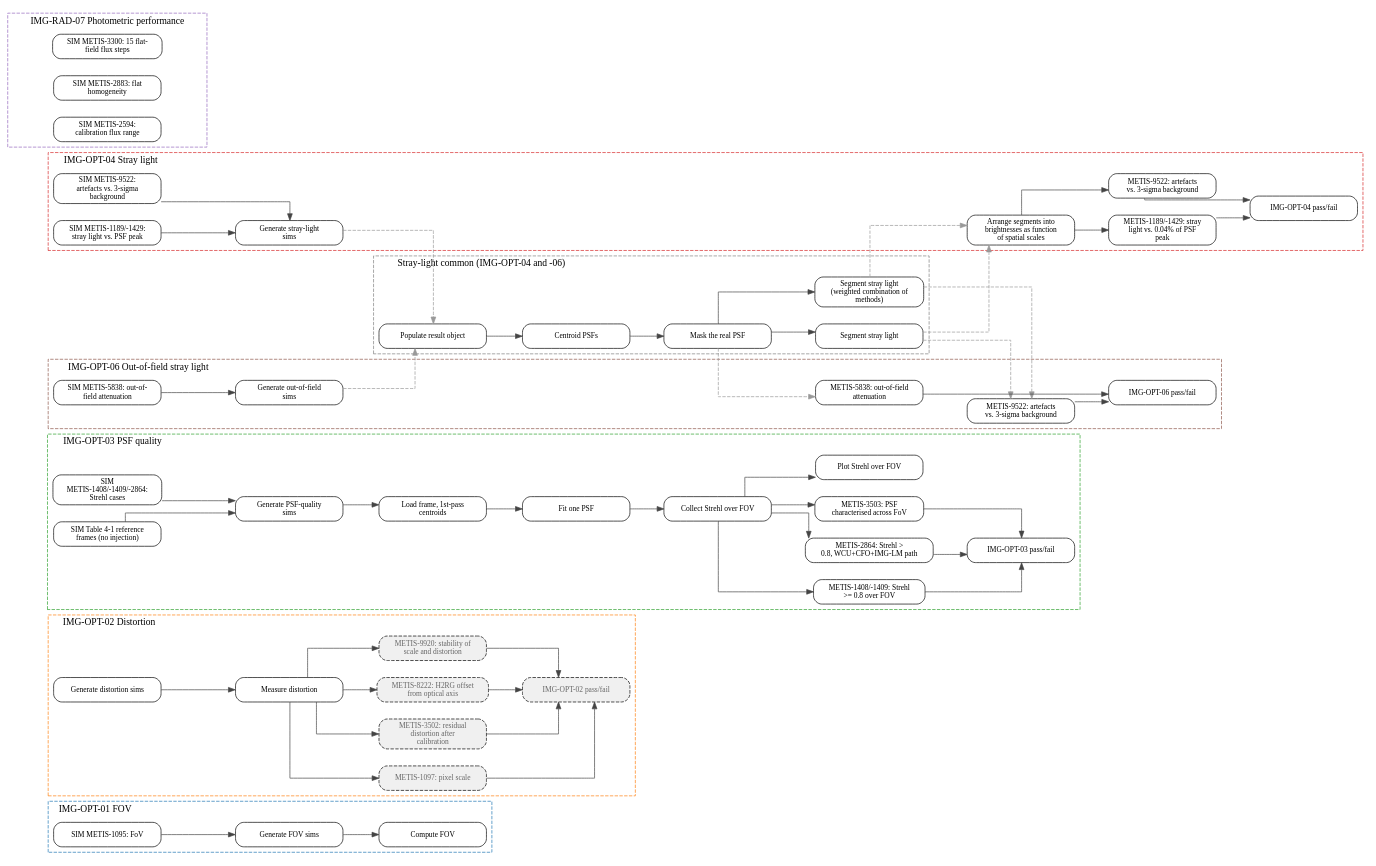
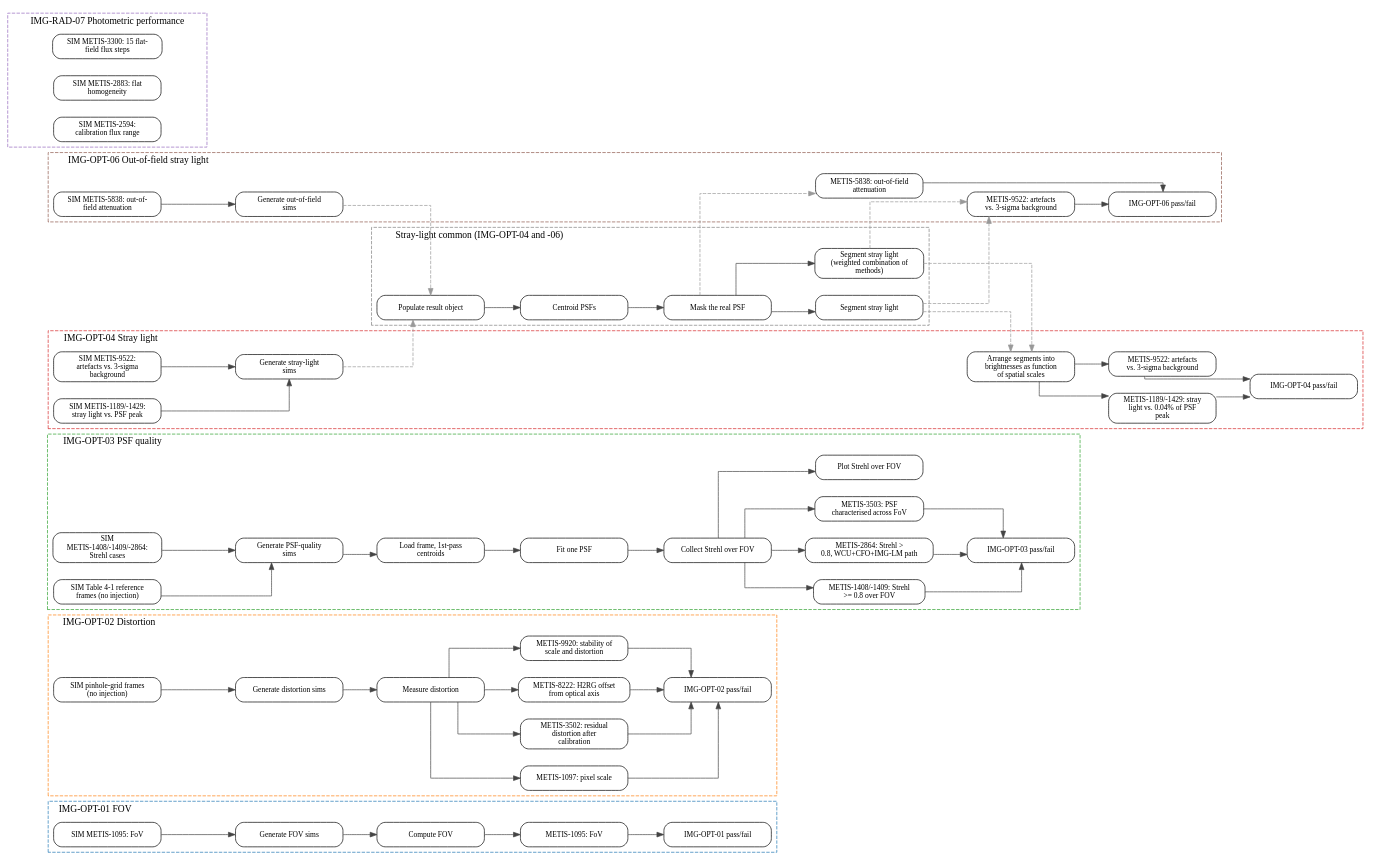
Before and after one commit to mwanakijiji/metis_work: the diagram in docs/uml/pipeline_flow.dot, drawn with Graphviz. The commit also changed 7 other files, not shown here.

Commit message:
diagram update

```diff
--- a/docs/uml/pipeline_flow.dot
+++ b/docs/uml/pipeline_flow.dot
@@ -15,6 +15,8 @@
     sim_img_01_metis_1095;
     generate_fov_sim;
     fov_calc;
+    metis_1095_fov_check;
+    img_01_test_outcome;
   }
 
   subgraph cluster_img_opt_02_distortion {
@@ -22,6 +24,7 @@
     labeljust=l;
     style="dashed";
     color="#ff7f0e";
+    sim_img_02_grid_frames;
     generate_distortion_sim;
     image_distortion;
     metis_1097_pixel_scale;
@@ -49,6 +52,30 @@
     img_03_test_outcome;
   }
 
+  subgraph cluster_img_opt_06_out_of_field_stray_light {
+    label="IMG-OPT-06 Out-of-field stray light";
+    labeljust=l;
+    style="dashed";
+    color="#8c564b";
+    sim_img_06_metis_5838;
+    generate_out_of_field_sim;
+    metis_5838_attenuation;
+    metis_9522_check;
+    img_06_test_outcome;
+  }
+
+  subgraph cluster_stray_light_common_img_opt_04_and__06 {
+    label="Stray-light common (IMG-OPT-04 and -06)";
+    labeljust=l;
+    style="dashed";
+    color="#7f7f7f";
+    populate_result_obj_info;
+    centroid_2passes_oversample;
+    stray_light_mask_real;
+    stray_light_segmentation;
+    stray_light_segmentation_combined;
+  }
+
   subgraph cluster_img_opt_04_stray_light {
     label="IMG-OPT-04 Stray light";
     labeljust=l;
@@ -63,30 +90,6 @@
     img_04_test_outcome;
   }
 
-  subgraph cluster_stray_light_common_img_opt_04_and__06 {
-    label="Stray-light common (IMG-OPT-04 and -06)";
-    labeljust=l;
-    style="dashed";
-    color="#7f7f7f";
-    populate_result_obj_info;
-    centroid_2passes_oversample;
-    stray_light_mask_real;
-    stray_light_segmentation;
-    stray_light_segmentation_combined;
-  }
-
-  subgraph cluster_img_opt_06_out_of_field_stray_light {
-    label="IMG-OPT-06 Out-of-field stray light";
-    labeljust=l;
-    style="dashed";
-    color="#8c564b";
-    sim_img_06_metis_5838;
-    generate_out_of_field_sim;
-    metis_5838_attenuation;
-    metis_9522_check;
-    img_06_test_outcome;
-  }
-
   subgraph cluster_img_rad_07_photometric_performance {
     label="IMG-RAD-07 Photometric performance";
     labeljust=l;
@@ -99,6 +102,7 @@
 
   sim_img_01_metis_1095 [label="SIM METIS-1095: FoV"];
   generate_fov_sim [label="Generate FOV sims"];
+  sim_img_02_grid_frames [label="SIM pinhole-grid frames\n(no injection)"];
   generate_distortion_sim [label="Generate distortion sims"];
   sim_img_03_strehl_cases [label="SIM\nMETIS-1408/-1409/-2864:\nStrehl cases"];
   sim_img_03_reference_frames [label="SIM Table 4-1 reference\nframes (no injection)"];
@@ -120,12 +124,14 @@
   img_03_metis_3503_check [label="METIS-3503: PSF\ncharacterised across FoV"];
   img_03_test_outcome [label="IMG-OPT-03 pass/fail"];
   fov_calc [label="Compute FOV"];
+  metis_1095_fov_check [label="METIS-1095: FoV"];
+  img_01_test_outcome [label="IMG-OPT-01 pass/fail"];
   image_distortion [label="Measure distortion"];
-  metis_1097_pixel_scale [label="METIS-1097: pixel scale", style="rounded,dashed,filled", fillcolor="#f0f0f0", fontcolor="#666666"];
-  metis_3502_residual_distortion [label="METIS-3502: residual\ndistortion after\ncalibration", style="rounded,dashed,filled", fillcolor="#f0f0f0", fontcolor="#666666"];
-  metis_8222_detector_offset [label="METIS-8222: H2RG offset\nfrom optical axis", style="rounded,dashed,filled", fillcolor="#f0f0f0", fontcolor="#666666"];
-  metis_9920_scale_stability [label="METIS-9920: stability of\nscale and distortion", style="rounded,dashed,filled", fillcolor="#f0f0f0", fontcolor="#666666"];
-  img_02_test_outcome [label="IMG-OPT-02 pass/fail", style="rounded,dashed,filled", fillcolor="#f0f0f0", fontcolor="#666666"];
+  metis_1097_pixel_scale [label="METIS-1097: pixel scale"];
+  metis_3502_residual_distortion [label="METIS-3502: residual\ndistortion after\ncalibration"];
+  metis_8222_detector_offset [label="METIS-8222: H2RG offset\nfrom optical axis"];
+  metis_9920_scale_stability [label="METIS-9920: stability of\nscale and distortion"];
+  img_02_test_outcome [label="IMG-OPT-02 pass/fail"];
   stray_light_brightness_spectrum [label="Arrange segments into\nbrightnesses as function\nof spatial scales"];
   img_04_metis_1189_1429_check [label="METIS-1189/-1429: stray\nlight vs. 0.04% of PSF\npeak"];
   img_04_metis_9522_check [label="METIS-9522: artefacts\nvs. 3-sigma background"];
@@ -139,49 +145,53 @@
   stray_light_segmentation [label="Segment stray light"];
   stray_light_segmentation_combined [label="Segment stray light\n(weighted combination of\nmethods)"];
 
-  { rank=same; sim_img_01_metis_1095; generate_distortion_sim; sim_img_03_reference_frames; sim_img_03_strehl_cases; sim_img_04_metis_1189_1429; sim_img_04_metis_9522; sim_img_06_metis_5838; simulate_metis_2594; simulate_metis_2883; simulate_metis_3300; }
-  sim_img_01_metis_1095 -> generate_distortion_sim [style=invis];
-  generate_distortion_sim -> sim_img_03_reference_frames [style=invis];
+  { rank=same; sim_img_01_metis_1095; sim_img_02_grid_frames; sim_img_03_reference_frames; sim_img_03_strehl_cases; sim_img_06_metis_5838; sim_img_04_metis_1189_1429; sim_img_04_metis_9522; simulate_metis_2594; simulate_metis_2883; simulate_metis_3300; }
+  sim_img_01_metis_1095 -> sim_img_02_grid_frames [style=invis];
+  sim_img_02_grid_frames -> sim_img_03_reference_frames [style=invis];
   sim_img_03_reference_frames -> sim_img_03_strehl_cases [style=invis];
-  sim_img_03_strehl_cases -> sim_img_04_metis_1189_1429 [style=invis];
+  sim_img_03_strehl_cases -> sim_img_06_metis_5838 [style=invis];
+  sim_img_06_metis_5838 -> sim_img_04_metis_1189_1429 [style=invis];
   sim_img_04_metis_1189_1429 -> sim_img_04_metis_9522 [style=invis];
-  sim_img_04_metis_9522 -> sim_img_06_metis_5838 [style=invis];
-  sim_img_06_metis_5838 -> simulate_metis_2594 [style=invis];
+  sim_img_04_metis_9522 -> simulate_metis_2594 [style=invis];
   simulate_metis_2594 -> simulate_metis_2883 [style=invis];
   simulate_metis_2883 -> simulate_metis_3300 [style=invis];
-  { rank=same; generate_fov_sim; image_distortion; generate_psf_quality_sim; generate_stray_light_sim; generate_out_of_field_sim; }
-  generate_fov_sim -> image_distortion [style=invis];
-  image_distortion -> generate_psf_quality_sim [style=invis];
-  generate_psf_quality_sim -> generate_stray_light_sim [style=invis];
-  generate_stray_light_sim -> generate_out_of_field_sim [style=invis];
-  { rank=same; fov_calc; metis_1097_pixel_scale; metis_3502_residual_distortion; metis_8222_detector_offset; metis_9920_scale_stability; prepare_psf_grid; populate_result_obj_info; }
-  fov_calc -> metis_1097_pixel_scale [style=invis];
+  { rank=same; generate_fov_sim; generate_distortion_sim; generate_psf_quality_sim; generate_out_of_field_sim; generate_stray_light_sim; }
+  generate_fov_sim -> generate_distortion_sim [style=invis];
+  generate_distortion_sim -> generate_psf_quality_sim [style=invis];
+  generate_psf_quality_sim -> generate_out_of_field_sim [style=invis];
+  generate_out_of_field_sim -> generate_stray_light_sim [style=invis];
+  { rank=same; fov_calc; image_distortion; prepare_psf_grid; populate_result_obj_info; }
+  fov_calc -> image_distortion [style=invis];
+  image_distortion -> prepare_psf_grid [style=invis];
+  prepare_psf_grid -> populate_result_obj_info [style=invis];
+  { rank=same; metis_1095_fov_check; metis_1097_pixel_scale; metis_3502_residual_distortion; metis_8222_detector_offset; metis_9920_scale_stability; process_one_psf; centroid_2passes_oversample; }
+  metis_1095_fov_check -> metis_1097_pixel_scale [style=invis];
   metis_1097_pixel_scale -> metis_3502_residual_distortion [style=invis];
   metis_3502_residual_distortion -> metis_8222_detector_offset [style=invis];
   metis_8222_detector_offset -> metis_9920_scale_stability [style=invis];
-  metis_9920_scale_stability -> prepare_psf_grid [style=invis];
-  prepare_psf_grid -> populate_result_obj_info [style=invis];
-  { rank=same; img_02_test_outcome; process_one_psf; centroid_2passes_oversample; }
-  img_02_test_outcome -> process_one_psf [style=invis];
+  metis_9920_scale_stability -> process_one_psf [style=invis];
   process_one_psf -> centroid_2passes_oversample [style=invis];
-  { rank=same; collect_strehls; stray_light_mask_real; }
+  { rank=same; img_01_test_outcome; img_02_test_outcome; collect_strehls; stray_light_mask_real; }
+  img_01_test_outcome -> img_02_test_outcome [style=invis];
+  img_02_test_outcome -> collect_strehls [style=invis];
   collect_strehls -> stray_light_mask_real [style=invis];
-  { rank=same; img_03_metis_1408_1409_check; img_03_metis_2864_check; img_03_metis_3503_check; plot_strehl_fov; stray_light_segmentation; stray_light_segmentation_combined; metis_5838_attenuation; }
+  { rank=same; img_03_metis_1408_1409_check; img_03_metis_2864_check; img_03_metis_3503_check; plot_strehl_fov; metis_5838_attenuation; stray_light_segmentation; stray_light_segmentation_combined; }
   img_03_metis_1408_1409_check -> img_03_metis_2864_check [style=invis];
   img_03_metis_2864_check -> img_03_metis_3503_check [style=invis];
   img_03_metis_3503_check -> plot_strehl_fov [style=invis];
-  plot_strehl_fov -> stray_light_segmentation [style=invis];
+  plot_strehl_fov -> metis_5838_attenuation [style=invis];
+  metis_5838_attenuation -> stray_light_segmentation [style=invis];
   stray_light_segmentation -> stray_light_segmentation_combined [style=invis];
-  stray_light_segmentation_combined -> metis_5838_attenuation [style=invis];
-  { rank=same; img_03_test_outcome; stray_light_brightness_spectrum; metis_9522_check; }
-  img_03_test_outcome -> stray_light_brightness_spectrum [style=invis];
-  stray_light_brightness_spectrum -> metis_9522_check [style=invis];
-  { rank=same; img_04_metis_1189_1429_check; img_04_metis_9522_check; img_06_test_outcome; }
+  { rank=same; img_03_test_outcome; metis_9522_check; stray_light_brightness_spectrum; }
+  img_03_test_outcome -> metis_9522_check [style=invis];
+  metis_9522_check -> stray_light_brightness_spectrum [style=invis];
+  { rank=same; img_06_test_outcome; img_04_metis_1189_1429_check; img_04_metis_9522_check; }
+  img_06_test_outcome -> img_04_metis_1189_1429_check [style=invis];
   img_04_metis_1189_1429_check -> img_04_metis_9522_check [style=invis];
-  img_04_metis_9522_check -> img_06_test_outcome [style=invis];
   { rank=same; img_04_test_outcome; }
 
   sim_img_01_metis_1095 -> generate_fov_sim [weight=10];
+  sim_img_02_grid_frames -> generate_distortion_sim [weight=10];
   sim_img_03_strehl_cases -> generate_psf_quality_sim [weight=10];
   sim_img_03_reference_frames -> generate_psf_quality_sim [weight=10];
   sim_img_04_metis_1189_1429 -> generate_stray_light_sim [weight=10];
@@ -198,6 +208,8 @@
   img_03_metis_2864_check -> img_03_test_outcome [weight=10];
   img_03_metis_3503_check -> img_03_test_outcome [weight=10];
   generate_fov_sim -> fov_calc [weight=10];
+  fov_calc -> metis_1095_fov_check [weight=10];
+  metis_1095_fov_check -> img_01_test_outcome [weight=10];
   generate_distortion_sim -> image_distortion [weight=10];
   image_distortion -> metis_1097_pixel_scale [weight=10];
   image_distortion -> metis_3502_residual_distortion [weight=10];
```
